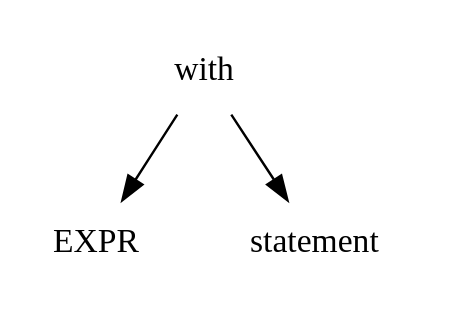
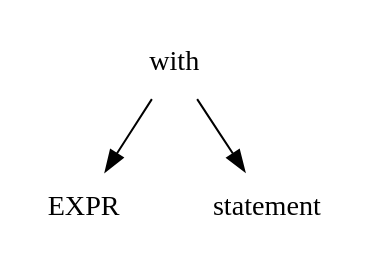
One commit to vehre/aspa_cscc changed the diagram in doc/with.dot. Above: the diagram before and after it, drawn with Graphviz. The commit also changed 8 other files, not shown here.

```diff
--- a/doc/with.dot
+++ b/doc/with.dot
@@ -1,6 +1,6 @@
 digraph L0 {
-        size = "4,3";
+        size = "2,2";
         ordering=out;
         node [shape = plaintext];
         with -> {EXPR statement};
 }
```
